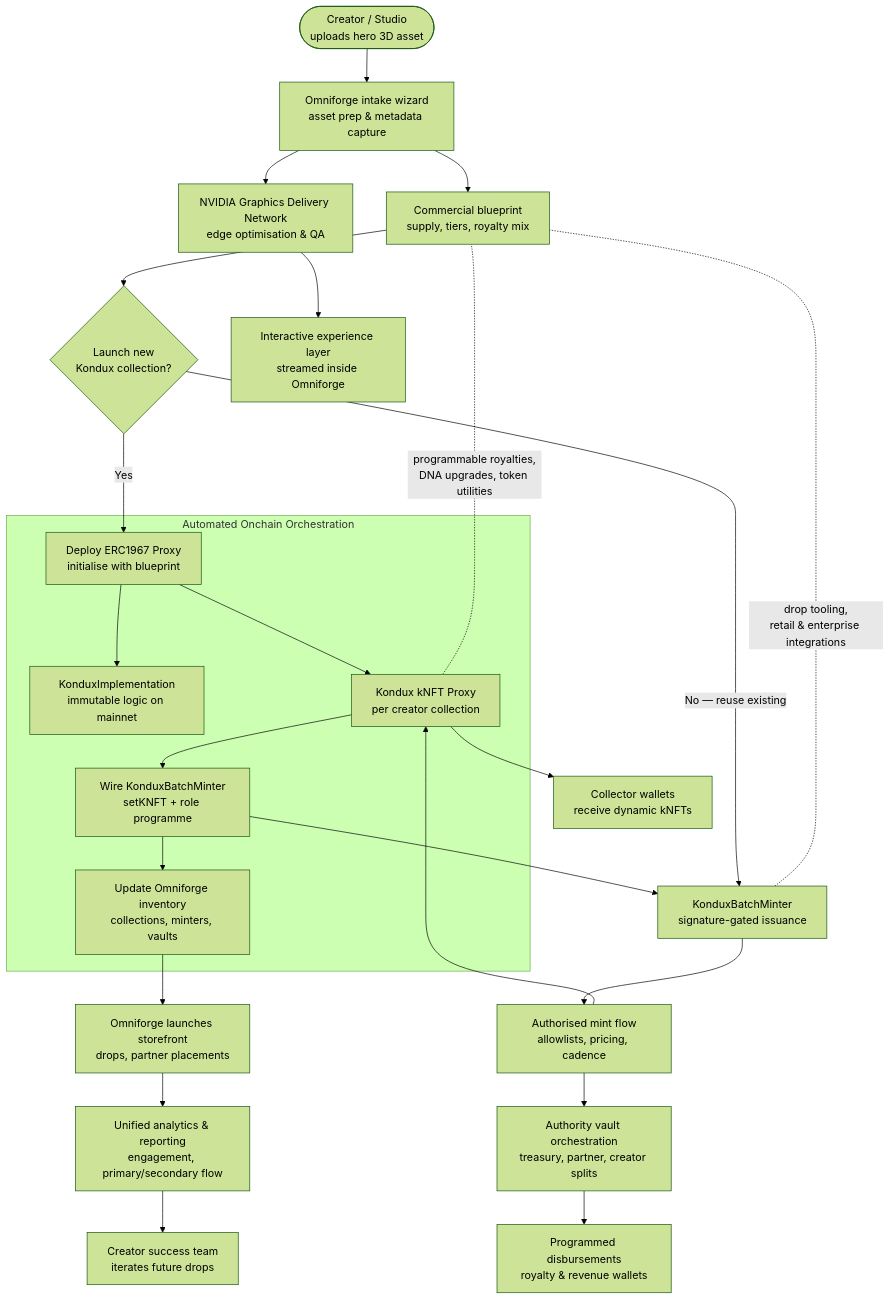
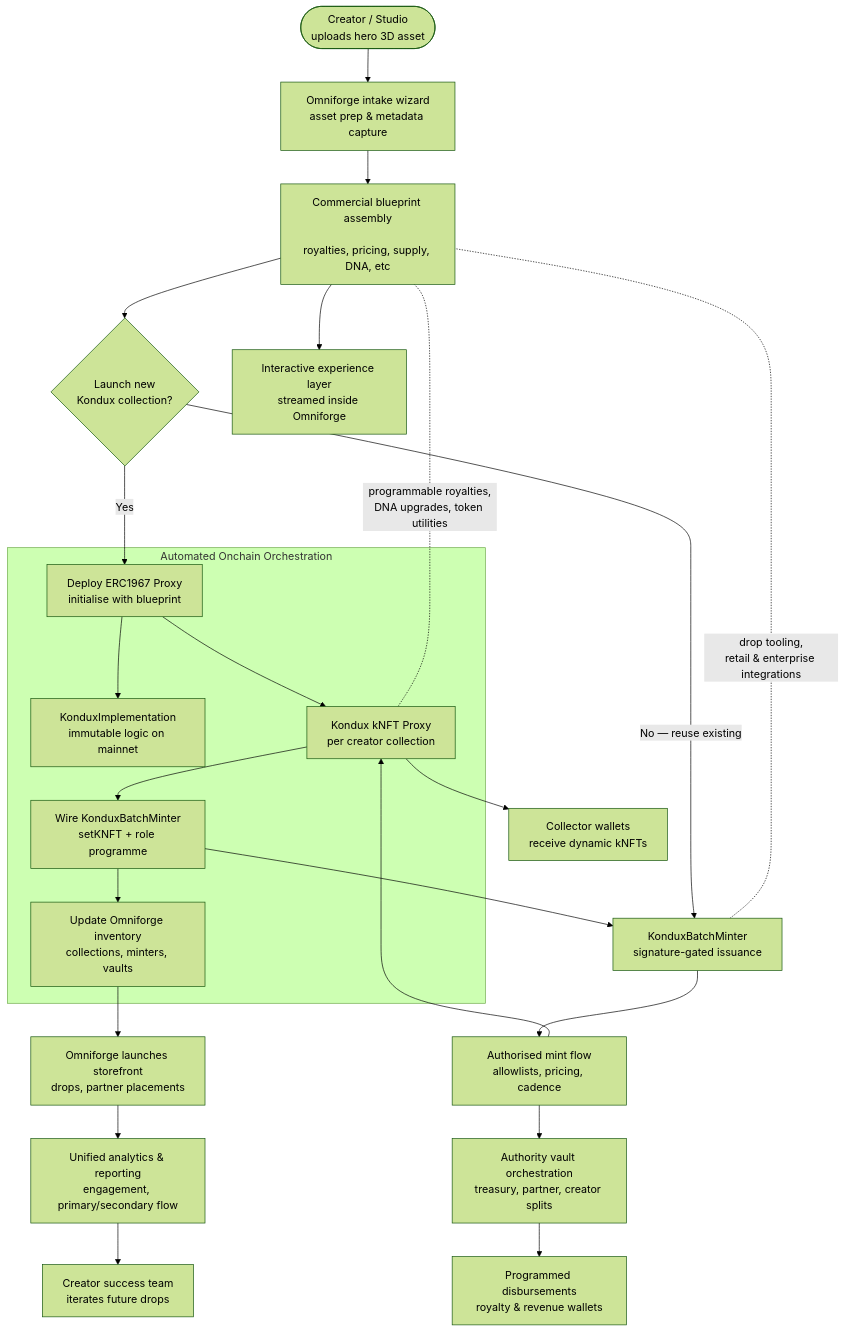
One commit to Kondux/smart_contracts changed the diagram in docs/omniforge-flow.md. Above: the diagram before and after it, drawn with Mermaid (forest theme).

Commit message:
Update Omniforge flow diagram with revised prep stage labeling

````diff
--- a/docs/omniforge-flow.md
+++ b/docs/omniforge-flow.md
@@ -3,39 +3,38 @@
 ```mermaid
 flowchart TD
     Creator([Creator / Studio<br/>uploads hero 3D asset]) --> Wizard[Omniforge intake wizard<br/>asset prep & metadata capture]
-    Wizard --> GDN[NVIDIA Graphics Delivery Network<br/>edge optimisation & QA]
-    Wizard --> Offering[Commercial blueprint<br/>supply, tiers, royalty mix]
-    Offering --> Decision{Launch new<br/>Kondux collection?}
+    Wizard --> Prep[Commercial blueprint assembly<br/></br>royalties, pricing, supply, DNA, etc]
+    Prep --> Decision{Launch new<br/>Kondux collection?}
 
     subgraph Automated Onchain Orchestration
         Logic[KonduxImplementation<br/>immutable logic on mainnet]
         DeployProxy[Deploy ERC1967 Proxy<br/>initialise with blueprint]
         Proxy[Kondux kNFT Proxy<br/>per creator collection]
         BatchConfig[Wire KonduxBatchMinter<br/>setKNFT + role programme]
         AddressBook[Update Omniforge inventory<br/>collections, minters, vaults]
     end
 
     Decision -->|Yes| DeployProxy
     DeployProxy --> Logic
     DeployProxy --> Proxy
     Proxy --> BatchConfig
     BatchConfig --> AddressBook
     AddressBook --> GTM[Omniforge launches storefront<br/>drops, partner placements]
 
     Decision -->|No — reuse existing| BatchMinter
     BatchConfig --> BatchMinter[KonduxBatchMinter
 signature-gated issuance]
 
     BatchMinter --> MintFlow[Authorised mint flow<br/>allowlists, pricing, cadence]
     MintFlow --> Proxy
     MintFlow --> Authority[Authority vault orchestration<br/>treasury, partner, creator splits]
     Proxy --> Collectors[Collector wallets
 receive dynamic kNFTs]
     Authority --> Treasury[Programmed disbursements<br/>royalty & revenue wallets]
 
-    GDN --> Experience[Interactive experience layer<br/>streamed inside Omniforge]
-    Proxy -. programmable royalties,<br/>DNA upgrades, token utilities .- Offering
-    BatchMinter -. drop tooling,<br/>retail & enterprise integrations .- Offering
+    Prep --> Experience[Interactive experience layer<br/>streamed inside Omniforge]
+    Proxy -. programmable royalties,<br/>DNA upgrades, token utilities .- Prep
+    BatchMinter -. drop tooling,<br/>retail & enterprise integrations .- Prep
     GTM --> Analytics[Unified analytics & reporting<br/>engagement, primary/secondary flow]
     Analytics --> CreatorOps[Creator success team<br/>iterates future drops]
 ```
````
